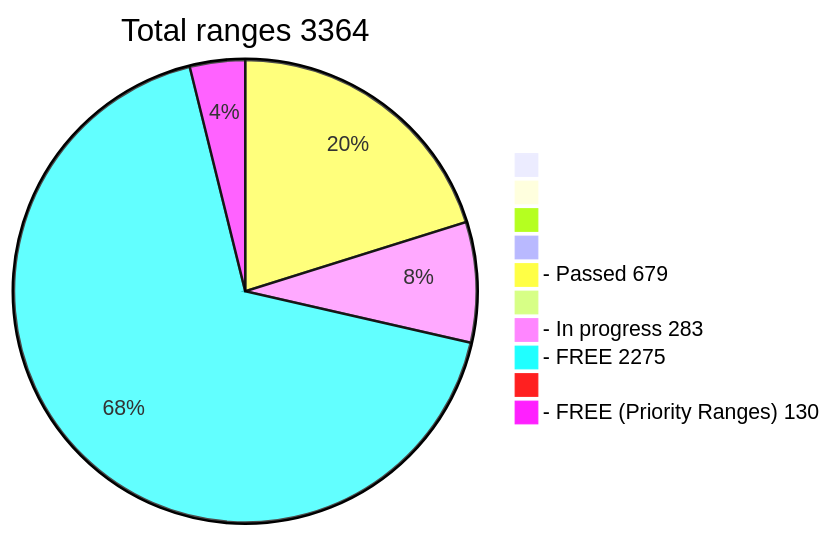
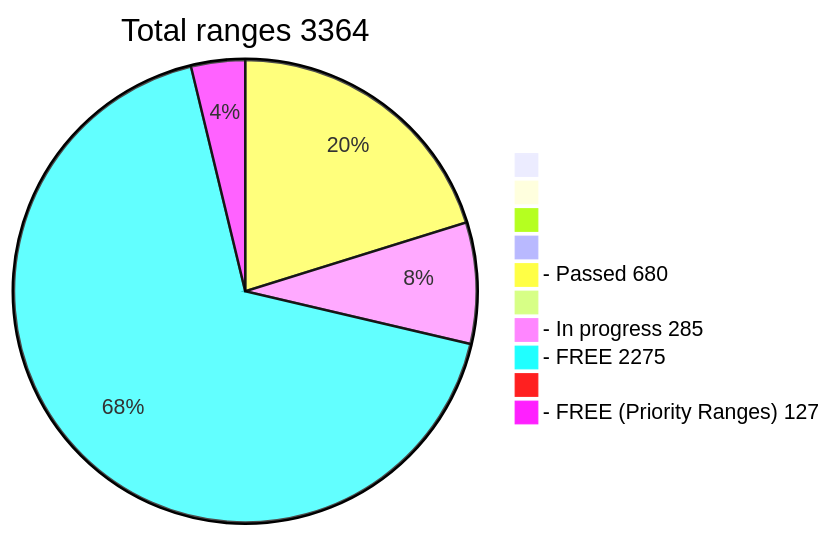
Before and after one commit to phrutis/wif500: the diagram in README.md, drawn with Mermaid.

````diff
--- a/README.md
+++ b/README.md
@@ -16,13 +16,13 @@
 ```mermaid
 pie title Total ranges 3364
              " " : 0
             "  " : 0
            "   " : 0
           "    " : 0
-  "- Passed 679" : 679
+  "- Passed 680" : 680
          "     " : 0
-  "- In progress 283" : 283
+  "- In progress 285" : 285
    "- FREE 2275" : 2275
         "      " : 0
-  "- FREE (Priority Ranges) 130" : 130
+  "- FREE (Priority Ranges) 127" : 127
 ```
````
